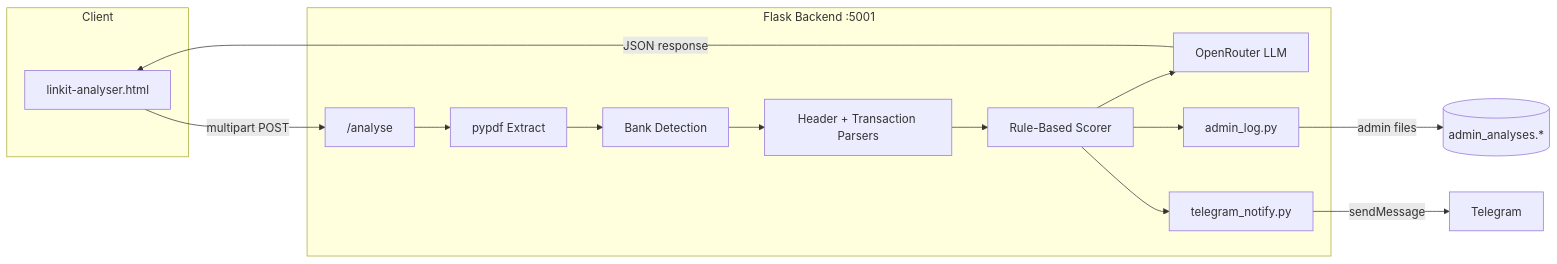
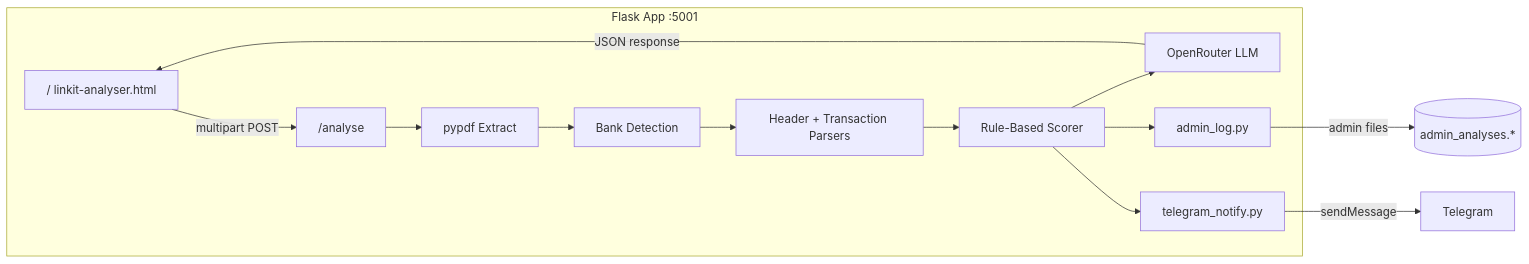
One commit to westernmonkey/Bank-Statement-analyser-MVP changed the diagram in README.md. Above: the diagram before and after it, drawn with Mermaid. The commit also changed other lines of this file and 2 other files, not shown here.

First line of the commit message:
Serve frontend and API from a single Flask app.

````diff
--- a/README.md
+++ b/README.md
@@ -78,26 +78,23 @@
 ```mermaid
 flowchart LR
-    subgraph Client
-        UI[linkit-analyser.html]
-    end
-
-    subgraph Backend["Flask Backend :5001"]
+    subgraph App["Flask App :5001"]
+        UI["/  linkit-analyser.html"]
         API["/analyse"]
         PDF[pypdf Extract]
         DET[Bank Detection]
         PAR[Header + Transaction Parsers]
         SCR[Rule-Based Scorer]
         LLM[OpenRouter LLM]
         ADM[admin_log.py]
         TG[telegram_notify.py]
     end
 
     UI -->|multipart POST| API
     API --> PDF --> DET --> PAR --> SCR
     SCR --> LLM
     SCR --> ADM
     SCR --> TG
     LLM -->|JSON response| UI
     ADM -->|admin files| LOG[(admin_analyses.*)]
     TG -->|sendMessage| BOT[Telegram]
 ```
````
